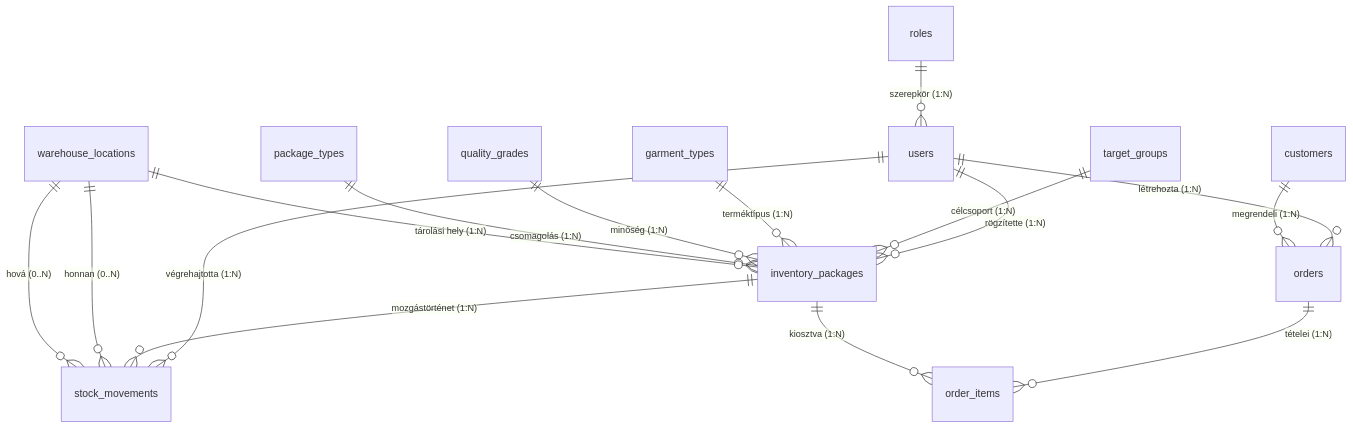
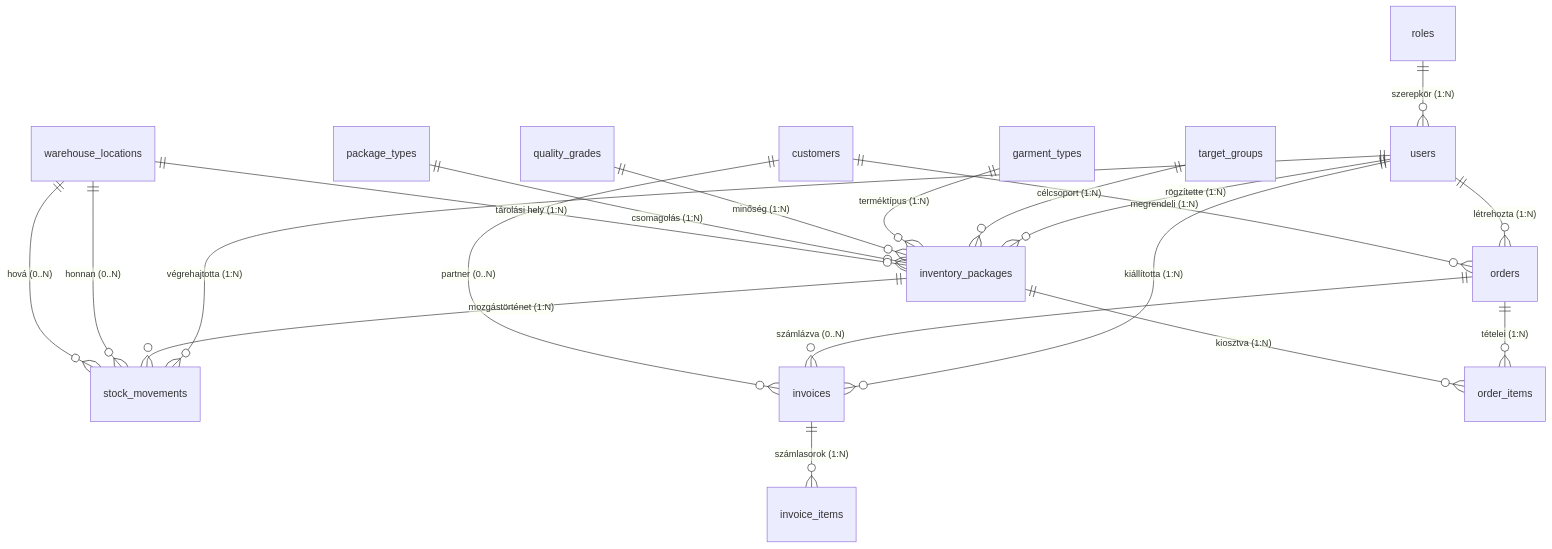
One commit to attilaczudor/due-prog-03 changed the diagram in docs/Adatbazisterv.md. Above: the diagram before and after it, drawn with Mermaid. The commit also changed other lines of this file and 9 other files, not shown here.

````diff
--- a/docs/Adatbazisterv.md
+++ b/docs/Adatbazisterv.md
@@ -22,21 +23,26 @@
 ```mermaid
 erDiagram
     roles ||--o{ users : "szerepkör (1:N)"
     users ||--o{ inventory_packages : "rögzítette (1:N)"
     users ||--o{ orders : "létrehozta (1:N)"
     users ||--o{ stock_movements : "végrehajtotta (1:N)"
+    users ||--o{ invoices : "kiállította (1:N)"
 
     target_groups ||--o{ inventory_packages : "célcsoport (1:N)"
     garment_types ||--o{ inventory_packages : "terméktípus (1:N)"
     quality_grades ||--o{ inventory_packages : "minőség (1:N)"
     package_types ||--o{ inventory_packages : "csomagolás (1:N)"
     warehouse_locations ||--o{ inventory_packages : "tárolási hely (1:N)"
 
     inventory_packages ||--o{ stock_movements : "mozgástörténet (1:N)"
     warehouse_locations ||--o{ stock_movements : "honnan (0..N)"
     warehouse_locations ||--o{ stock_movements : "hová (0..N)"
 
     customers ||--o{ orders : "megrendeli (1:N)"
     orders ||--o{ order_items : "tételei (1:N)"
     inventory_packages ||--o{ order_items : "kiosztva (1:N)"
+
+    orders ||--o{ invoices : "számlázva (0..N)"
+    customers ||--o{ invoices : "partner (0..N)"
+    invoices ||--o{ invoice_items : "számlasorok (1:N)"
 ```
````
